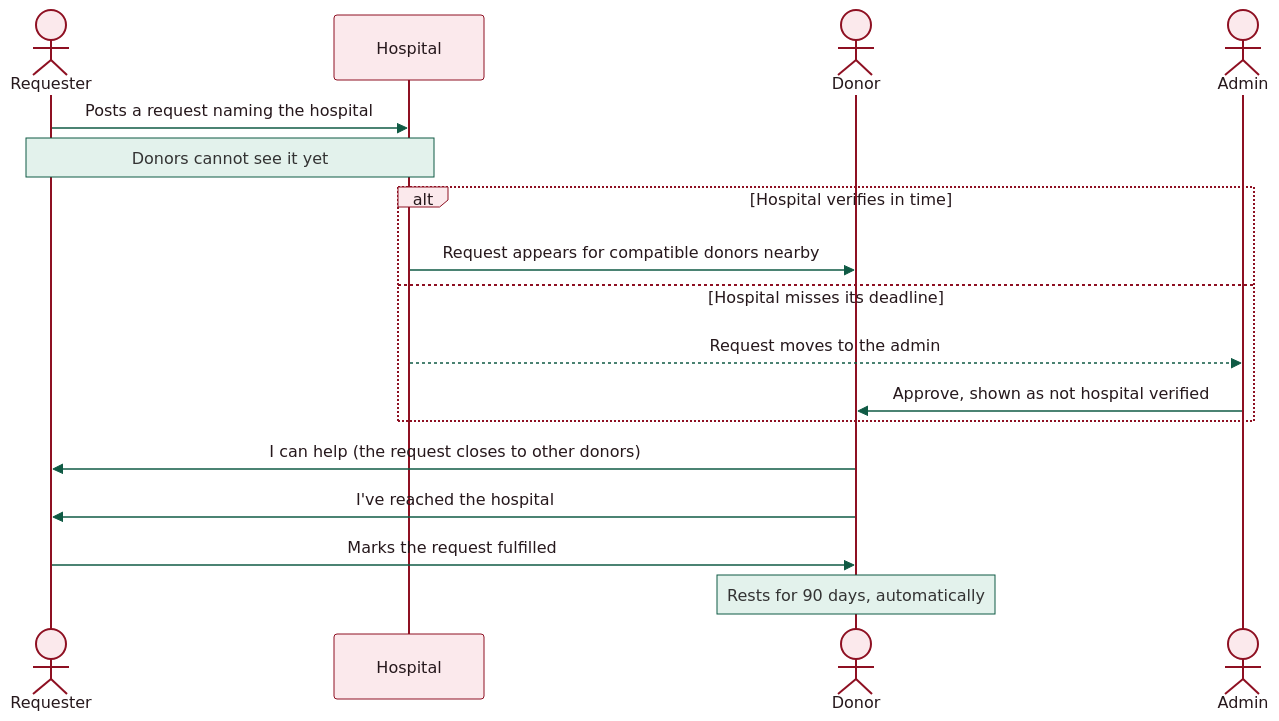
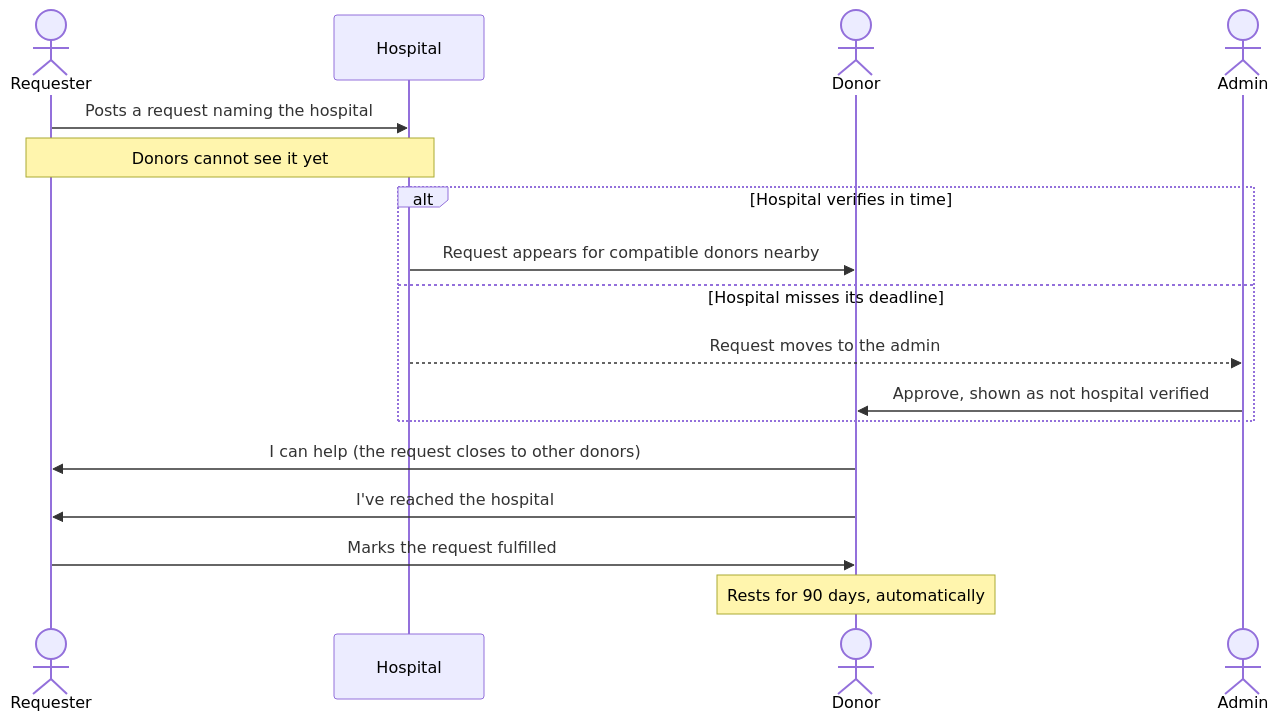
One commit to Harsha-Talreja/Atiya-blood-network changed the first of 3 diagrams in README.md. Above: the diagram before and after it, drawn with Mermaid. The commit also changed other lines of this file, not shown here.

First line of the commit message:
README: let diagrams follow GitHub light/dark theme so text stays readable

````diff
--- a/README.md
+++ b/README.md
@@ -103,20 +103,19 @@
 ```mermaid
-%%{init: {'theme':'base','themeVariables':{'primaryColor':'#FBE9EC','primaryBorderColor':'#C7192D','primaryTextColor':'#26181C','lineColor':'#0F5A44','secondaryColor':'#E3F2EC','tertiaryColor':'#FAF8F7','actorBkg':'#FBE9EC','actorTextColor':'#26181C','actorBorder':'#8E1022','signalColor':'#0F5A44','noteBkgColor':'#E3F2EC','noteBorderColor':'#0F5A44','fontFamily':'Inter,Segoe UI,sans-serif'}}}%%
 sequenceDiagram
     actor R as Requester
     participant H as Hospital
     actor D as Donor
     actor A as Admin
     R->>H: Posts a request naming the hospital
     Note over R,H: Donors cannot see it yet
     alt Hospital verifies in time
         H->>D: Request appears for compatible donors nearby
     else Hospital misses its deadline
         H-->>A: Request moves to the admin
         A->>D: Approve, shown as not hospital verified
     end
     D->>R: I can help (the request closes to other donors)
     D->>R: I've reached the hospital
     R->>D: Marks the request fulfilled
     Note over D: Rests for 90 days, automatically
 ```
````
